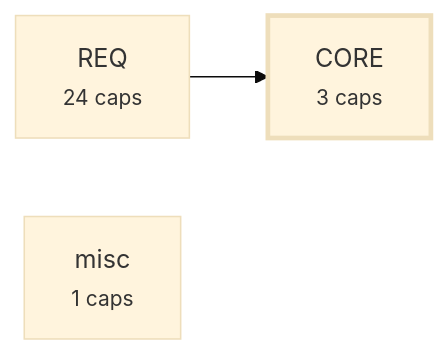
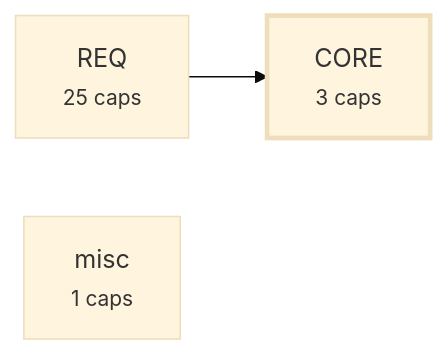
The third of 4 diagrams in plugin/requirements/_map.md (alxmax/Requirement-manager), drawn with Mermaid (base theme) before and after one commit. The commit also changed other lines of this file and 5 other files, not shown here.

````diff
--- a/plugin/requirements/_map.md
+++ b/plugin/requirements/_map.md
@@ -217,8 +226,8 @@
 ```mermaid
 graph LR
   a_CORE["CORE<br><small>3 caps</small>"]
-  a_REQ["REQ<br><small>24 caps</small>"]
+  a_REQ["REQ<br><small>25 caps</small>"]
   a_misc["misc<br><small>1 caps</small>"]
   a_REQ --> a_CORE
   style a_CORE stroke-width:3px
 ```
````
